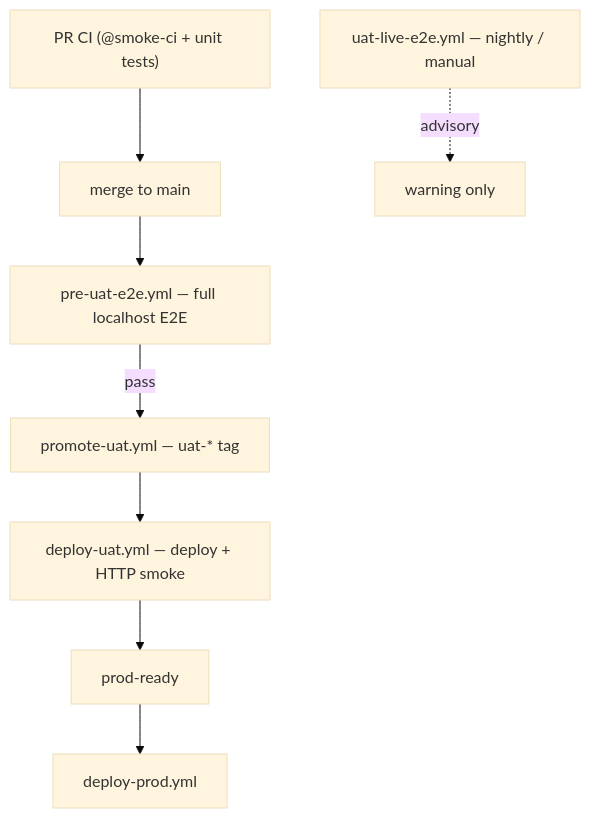
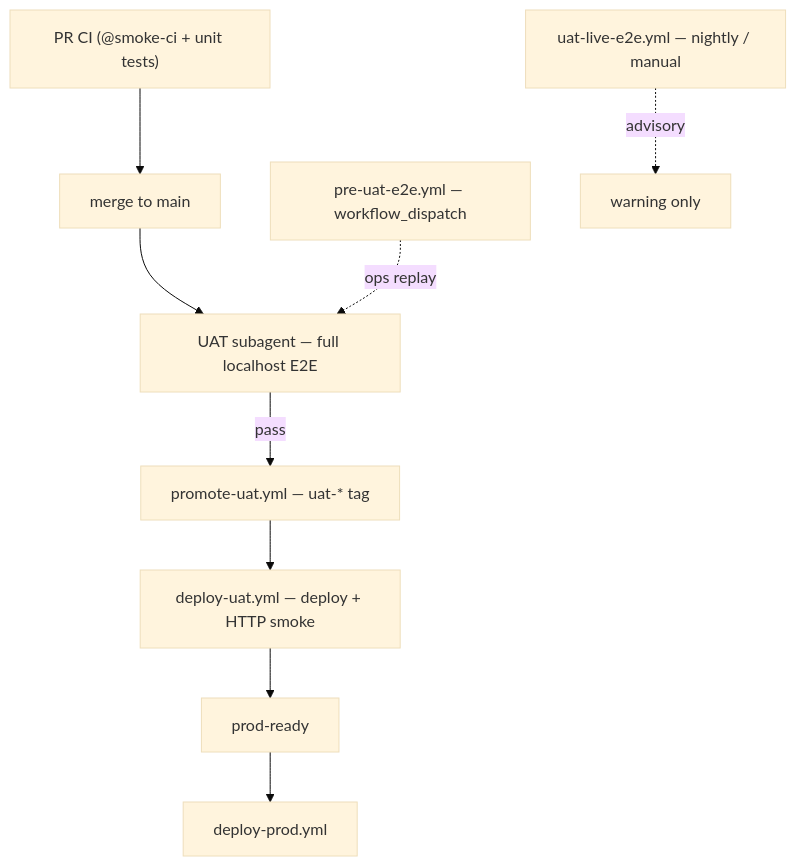
The diagram in docs/e2e/uat-deploy-tiers.md (KanopeeKa/AgathaCheck), drawn with Mermaid (base theme) before and after one commit. The commit also changed other lines of this file and 4 other files, not shown here.

Commit message:
phase(1/4): docs: UAT agent babysit contract and manual promote runbook

````diff
--- a/docs/e2e/uat-deploy-tiers.md
+++ b/docs/e2e/uat-deploy-tiers.md
@@ -11,11 +11,12 @@
 ```mermaid
 flowchart TD
   PR["PR CI (@smoke-ci + unit tests)"] --> MERGE[merge to main]
-  MERGE --> PRE["pre-uat-e2e.yml — full localhost E2E"]
-  PRE -->|pass| PROMOTE[promote-uat.yml — uat-* tag]
+  MERGE --> SUB[UAT subagent — full localhost E2E]
+  SUB -->|pass| PROMOTE[promote-uat.yml — uat-* tag]
   PROMOTE --> DEPLOY["deploy-uat.yml — deploy + HTTP smoke"]
   DEPLOY --> READY[prod-ready]
   READY --> PROD[deploy-prod.yml]
 
+  MANUAL["pre-uat-e2e.yml — workflow_dispatch"] -.->|ops replay| SUB
   NIGHTLY["uat-live-e2e.yml — nightly / manual"] -.->|advisory| WARN[warning only]
 ```
````
